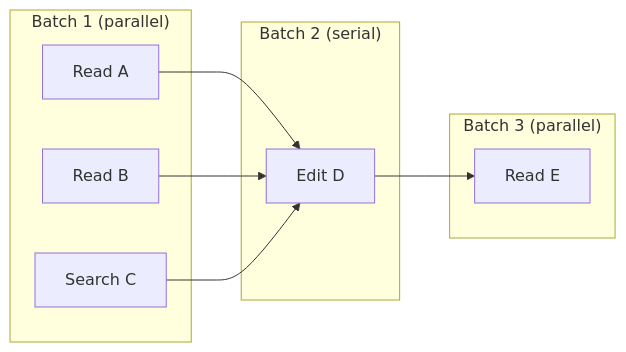
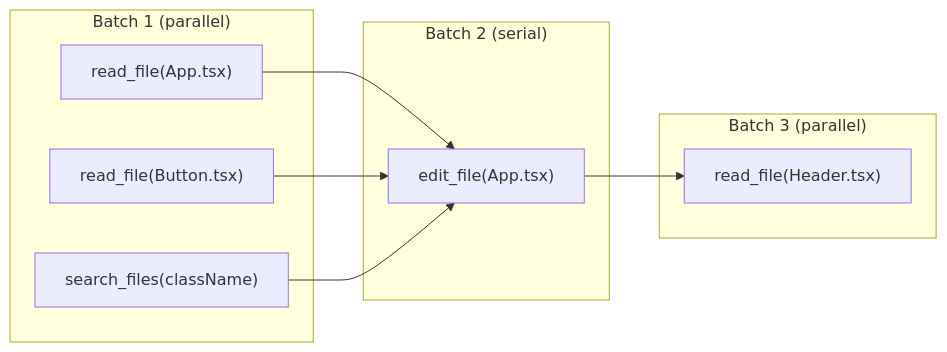
Before and after one commit to nauvalazhar/build-your-own-ai-coding-agent: the diagram in chapters/10-concurrent-tools.md, drawn with Mermaid. The commit also changed other lines of this file, not shown here.

Commit message:
Update mermaid diagram with real tool names in Ch10

````diff
--- a/chapters/10-concurrent-tools.md
+++ b/chapters/10-concurrent-tools.md
@@ -184,21 +184,21 @@
 ```mermaid
 flowchart LR
     subgraph "Batch 1 (parallel)"
-        R1[Read A]
-        R2[Read B]
-        S1[Search C]
+        R1["read_file(App.tsx)"]
+        R2["read_file(Button.tsx)"]
+        S1["search_files(className)"]
     end
 
     subgraph "Batch 2 (serial)"
-        E1[Edit D]
+        E1["edit_file(App.tsx)"]
     end
 
     subgraph "Batch 3 (parallel)"
-        R3[Read E]
+        R3["read_file(Header.tsx)"]
     end
 
     R1 --> E1
     R2 --> E1
     S1 --> E1
     E1 --> R3
 ```
````
